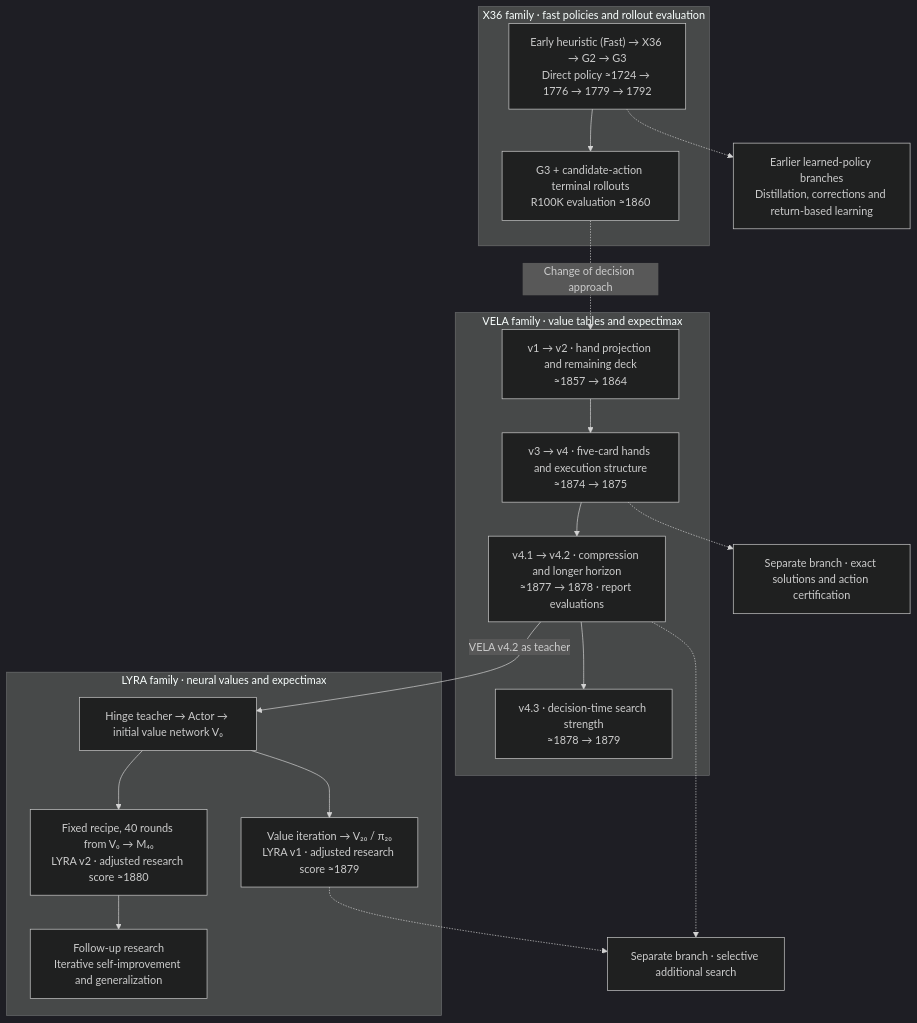
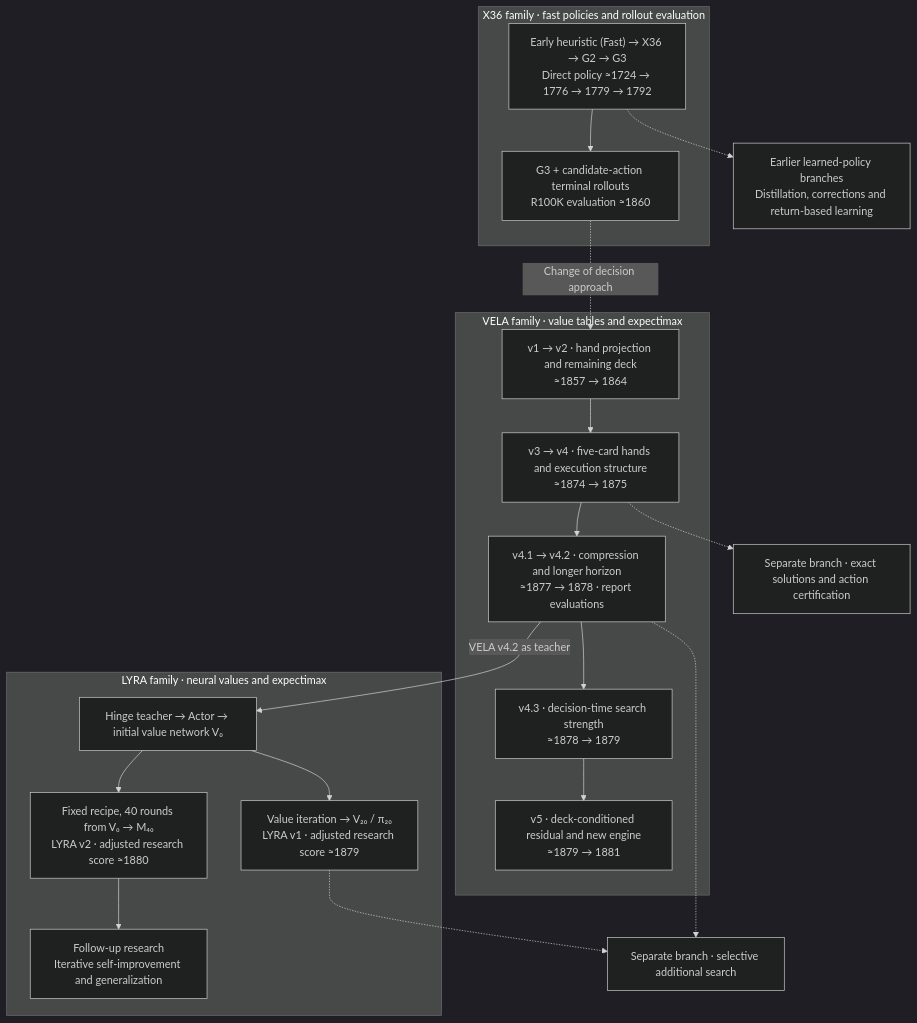
One commit to alfm201/adventure changed the diagram in research/README.md. Above: the diagram before and after it, drawn with Mermaid (dark theme). The commit also changed other lines of this file and 46 other files, not shown here.

````diff
--- a/research/README.md
+++ b/research/README.md
@@ -22,29 +20,30 @@
 ```mermaid
 flowchart TD
     subgraph X["X36 family · fast policies and rollout evaluation"]
         X0["Early heuristic (Fast) → X36 → G2 → G3<br/>Direct policy ≈1724 → 1776 → 1779 → 1792"]
         X1["G3 + candidate-action terminal rollouts<br/>R100K evaluation ≈1860"]
         X0 --> X1
     end
     subgraph V["VELA family · value tables and expectimax"]
         V1["v1 → v2 · hand projection and remaining deck<br/>≈1857 → 1864"]
         V2["v3 → v4 · five-card hands and execution structure<br/>≈1874 → 1875"]
         V3["v4.1 → v4.2 · compression and longer horizon<br/>≈1877 → 1878 · report evaluations"]
         V4["v4.3 · decision-time search strength<br/>≈1878 → 1879"]
-        V1 --> V2 --> V3 --> V4
+        V5["v5 · deck-conditioned residual and new engine<br/>≈1879 → 1881"]
+        V1 --> V2 --> V3 --> V4 --> V5
     end
     subgraph L["LYRA family · neural values and expectimax"]
         L0["Hinge teacher → Actor → initial value network V₀"]
         L1["Value iteration → V₂₀ / π₂₀<br/>LYRA v1 · adjusted research score ≈1879"]
         L3["Fixed recipe, 40 rounds from V₀ → M₄₀<br/>LYRA v2 · adjusted research score ≈1880"]
         L2["Follow-up research<br/>Iterative self-improvement and generalization"]
         L0 --> L1
         L0 --> L3 --> L2
     end
     X1 -. "Change of decision approach" .-> V1
     X0 -.-> N["Earlier learned-policy branches<br/>Distillation, corrections and return-based learning"]
     V3 -->|"VELA v4.2 as teacher"| L0
     V2 -.-> E["Separate branch · exact solutions and action certification"]
     V3 -.-> S["Separate branch · selective additional search"]
     L1 -.-> S
 ```
````
